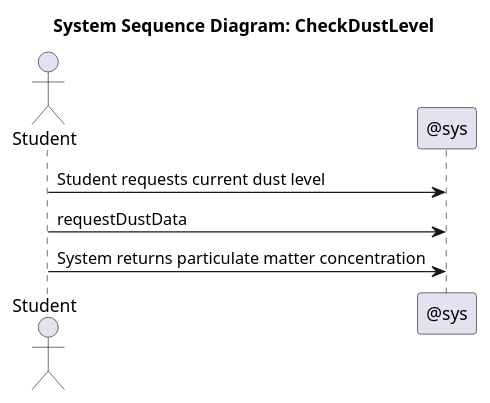
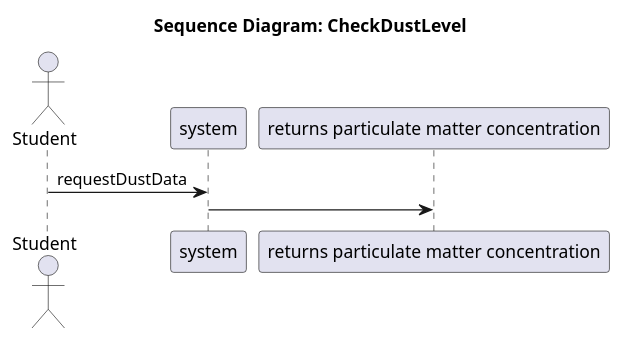
One commit to SEP4Real/SEP4 changed the diagram in Documentation/Analysis/ssds/StudyHelper_CheckDustLevel.ssd.puml. Above: the diagram before and after it, drawn with PlantUML. The commit also changed 46 other files, not shown here.

```diff
--- a/Documentation/Analysis/ssds/StudyHelper_CheckDustLevel.ssd.puml
+++ b/Documentation/Analysis/ssds/StudyHelper_CheckDustLevel.ssd.puml
@@ -1,8 +1,9 @@
-@startuml StudyHelper_CheckDustLevel_SSD
-title System Sequence Diagram: CheckDustLevel
+@startuml
+title Sequence Diagram: CheckDustLevel
 actor "Student" as Actor
-participant "@sys" as System
-Actor -> System : Student requests current dust level
+participant "system" as System
+participant "returns particulate matter concentration" as returns_particulate_matter_concentration
+
 Actor -> System : requestDustData
-Actor -> System : System returns particulate matter concentration
+System -> returns_particulate_matter_concentration : 
 @enduml
```
